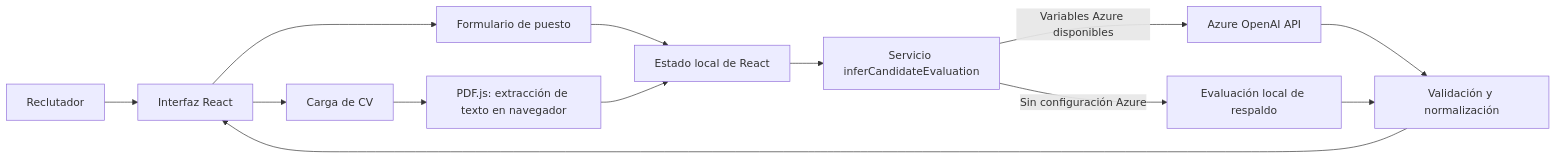
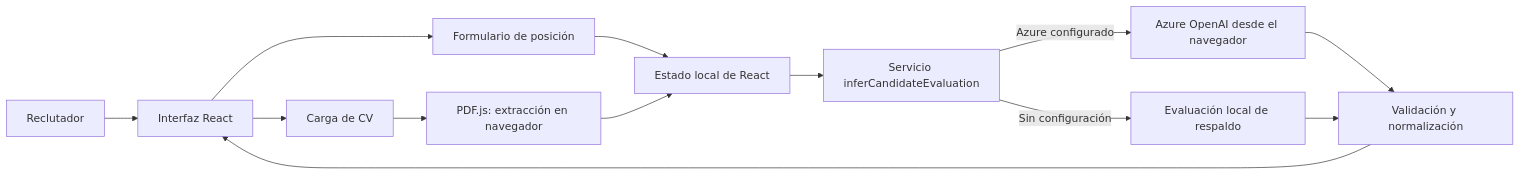
One commit to Rafaruiz44/talentiq changed the first of 2 diagrams in documentacion/arquitectura-y-alcance.md. Above: the diagram before and after it, drawn with Mermaid. The commit also changed other lines of this file and 7 other files, not shown here.

````diff
--- a/documentacion/arquitectura-y-alcance.md
+++ b/documentacion/arquitectura-y-alcance.md
@@ -68,15 +93,15 @@
 ```mermaid
 flowchart LR
     R[Reclutador] --> UI[Interfaz React]
-    UI --> F[Formulario de puesto]
+    UI --> F[Formulario de posición]
     UI --> U[Carga de CV]
-    U --> PDF[PDF.js: extracción de texto en navegador]
+    U --> PDF[PDF.js: extracción en navegador]
     F --> S[Estado local de React]
     PDF --> S
     S --> E[Servicio inferCandidateEvaluation]
-    E -->|Variables Azure disponibles| AOAI[Azure OpenAI API]
-    E -->|Sin configuración Azure| FB[Evaluación local de respaldo]
+    E -->|Azure configurado| AOAI[Azure OpenAI desde el navegador]
+    E -->|Sin configuración| FB[Evaluación local de respaldo]
     AOAI --> V[Validación y normalización]
     FB --> V
     V --> UI
 ```
````
